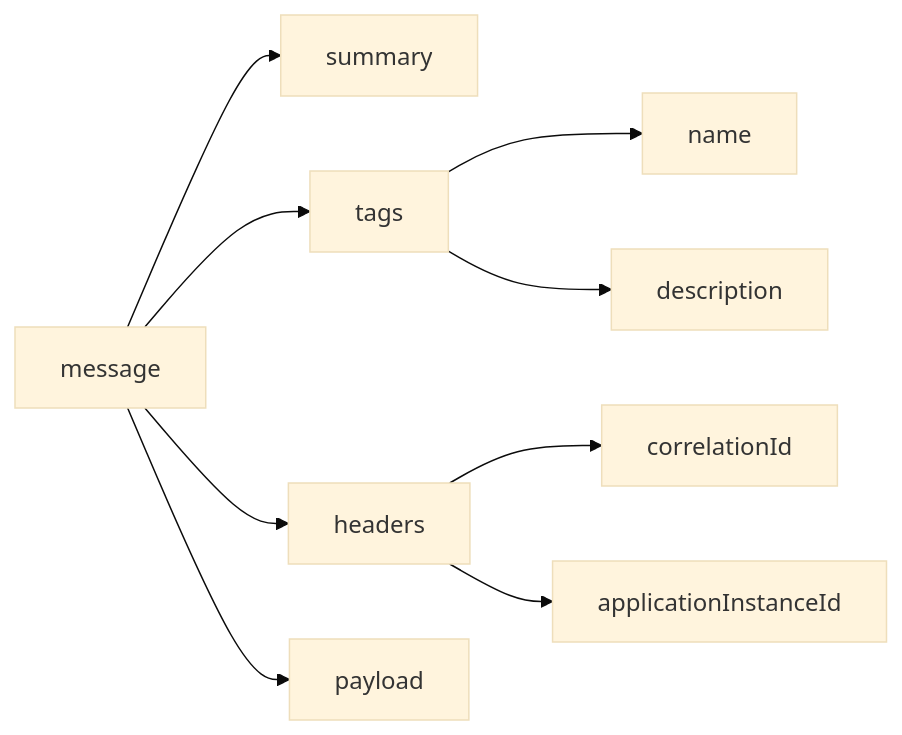
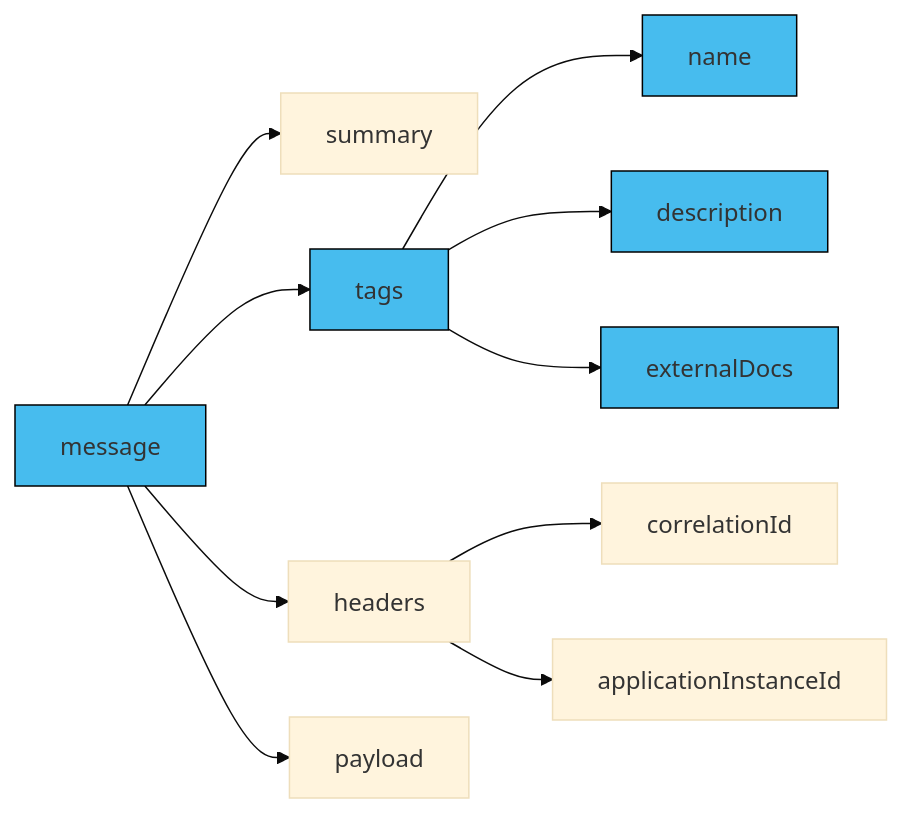
Before and after one commit to asyncapi/website: the fifth of 5 diagrams in pages/docs/concepts/asyncapi-document/tags.md, drawn with Mermaid (base theme). The commit also changed other lines of this file, not shown here.

````diff
--- a/pages/docs/concepts/asyncapi-document/tags.md
+++ b/pages/docs/concepts/asyncapi-document/tags.md
@@ -221,11 +245,17 @@
 ```mermaid
 graph LR
   A[message] --> B[summary]
   A --> C[tags]
   C --> D[name]
   C --> E[description]
   A --> F[headers]
   F --> G[correlationId]
   F --> H[applicationInstanceId]
   A --> I[payload]
+  C --> Y[externalDocs]
+  style A fill:#47BCEE,stroke:#000;
+  style D fill:#47BCEE,stroke:#000;
+  style C fill:#47BCEE,stroke:#000;
+  style E fill:#47BCEE,stroke:#000;
+  style Y fill:#47BCEE,stroke:#000;
 ```
````
